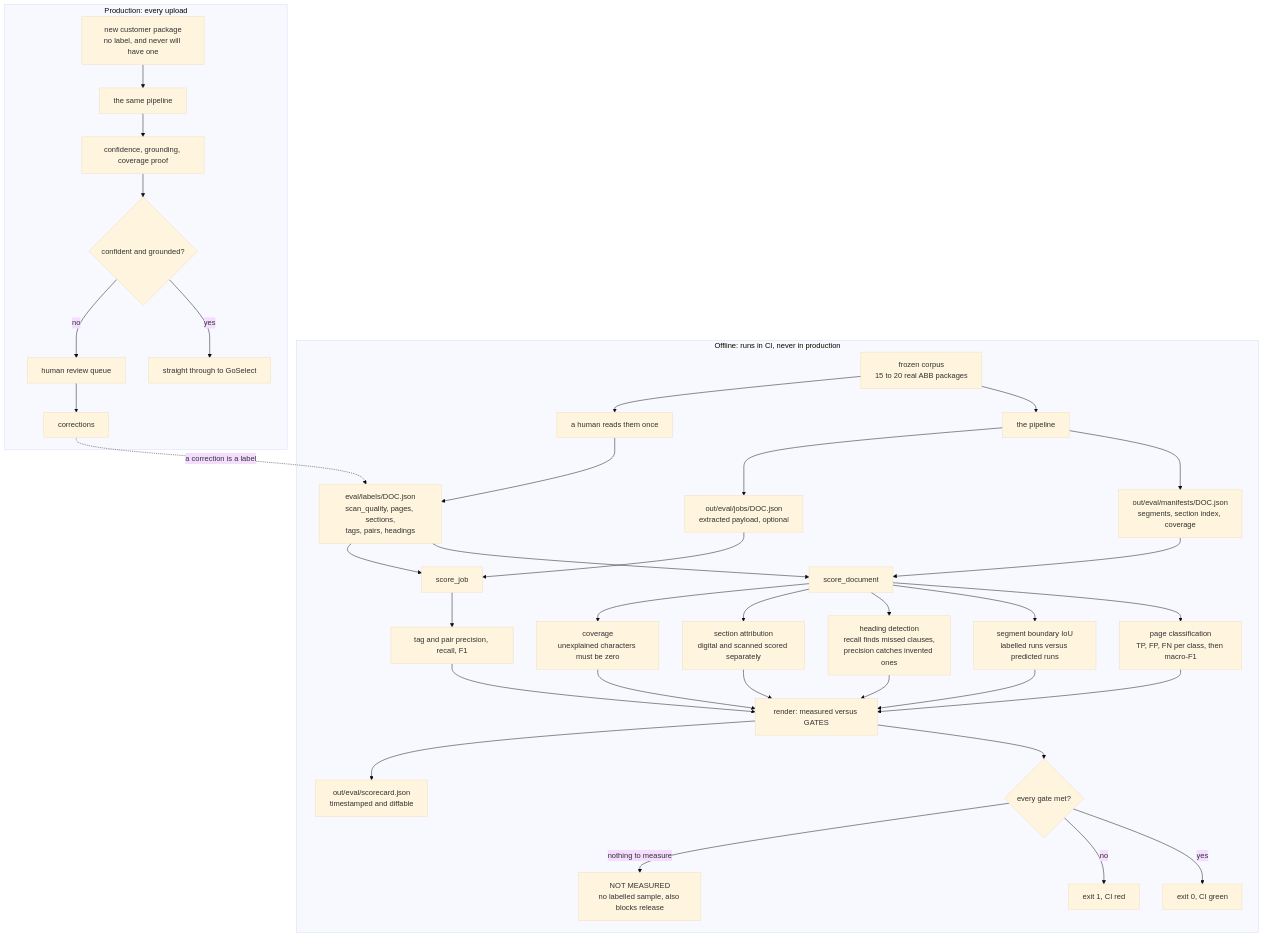
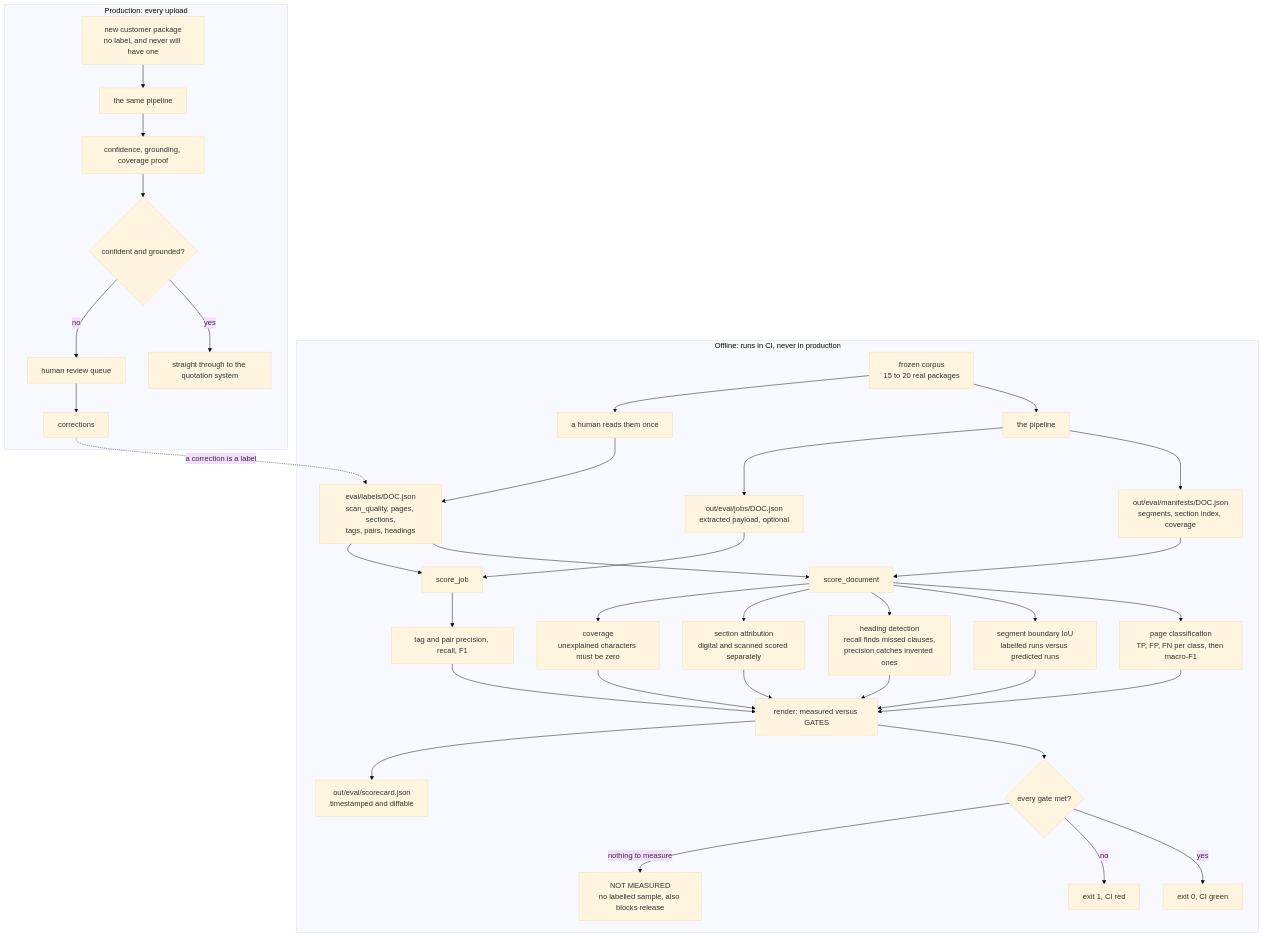
One commit to strudel0209/goselectcopilot-pipeline changed the second of 2 diagrams in README.md. Above: the diagram before and after it, drawn with Mermaid (base theme). The commit also changed other lines of this file, not shown here.

````diff
--- a/README.md
+++ b/README.md
@@ -404,6 +411,6 @@
 ```mermaid
 flowchart TD
-    PDFS["frozen corpus<br/>15 to 20 real ABB packages"]
+    PDFS["frozen corpus<br/>15 to 20 real packages"]
     PIPE["the pipeline"]
     MF["out/eval/manifests/DOC.json<br/>segments, section index, coverage"]
     JB["out/eval/jobs/DOC.json<br/>extracted payload, optional"]
@@ -427,7 +434,7 @@
     RUN["the same pipeline"]
     SIG["confidence, grounding, coverage proof"]
     GATE{"confident and grounded?"}
-    GS["straight through to GoSelect"]
+    GS["straight through to the quotation system"]
     RQ["human review queue"]
     CORR["corrections"]
 
````
